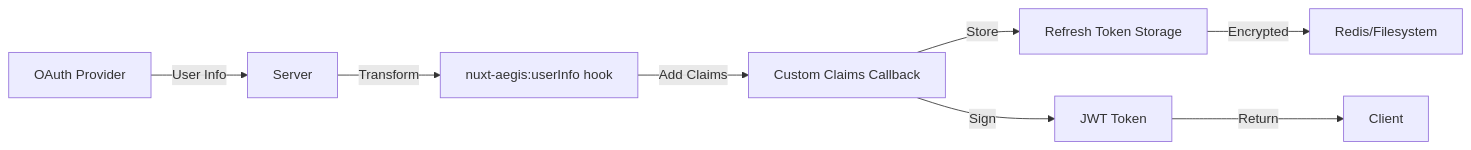
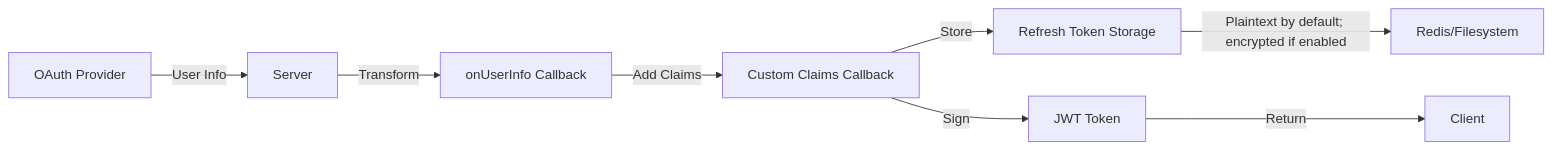
One commit to peterbud/nuxt-aegis changed the sixth of 7 diagrams in docs/architecture/index.md. Above: the diagram before and after it, drawn with Mermaid. The commit also changed other lines of this file and 4 other files, not shown here.

Commit message:
docs: refactor and review all architecture docs

````diff
--- a/docs/architecture/index.md
+++ b/docs/architecture/index.md
@@ -149,10 +161,10 @@
 ```mermaid
 graph LR
     A[OAuth Provider] -->|User Info| B[Server]
-    B -->|Transform| C[nuxt-aegis:userInfo hook]
+    B -->|Transform| C[onUserInfo Callback]
     C -->|Add Claims| D[Custom Claims Callback]
     D -->|Store| E[Refresh Token Storage]
     D -->|Sign| F[JWT Token]
-    E -->|Encrypted| G[Redis/Filesystem]
+    E -->|Plaintext by default; encrypted if enabled| G[Redis/Filesystem]
     F -->|Return| H[Client]
 ```
````
